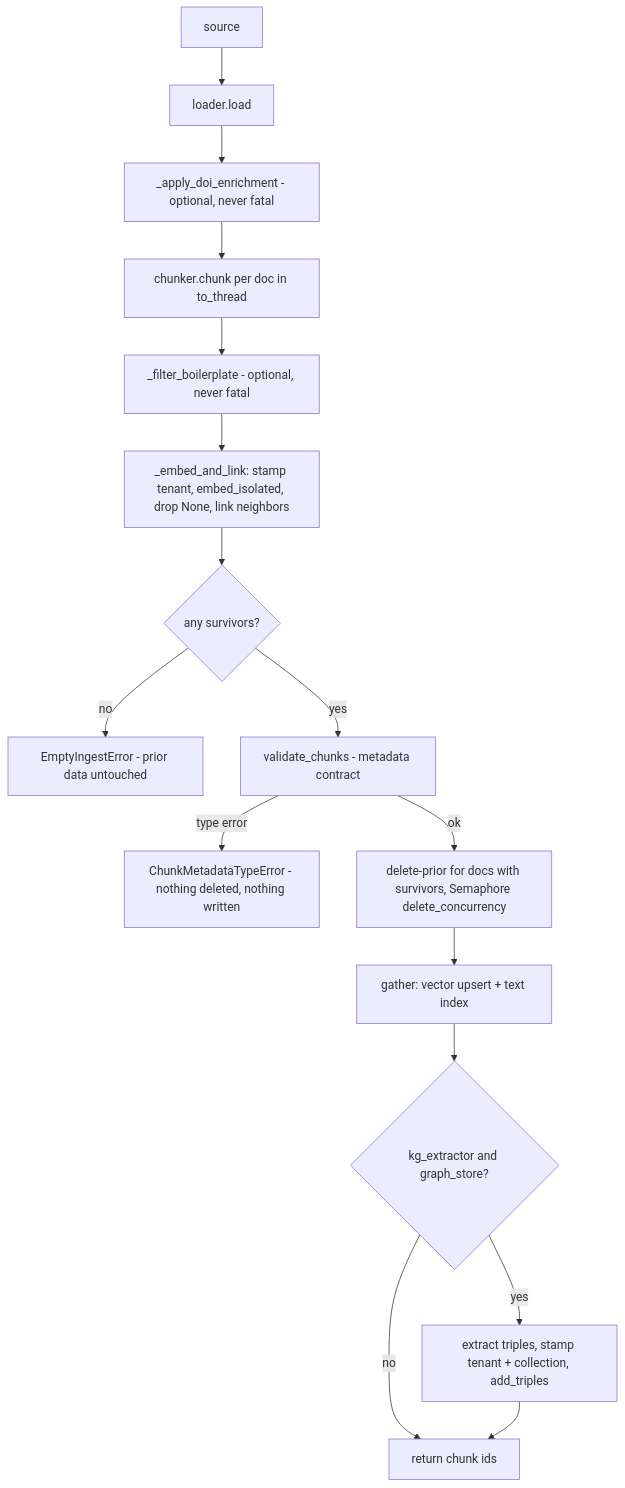
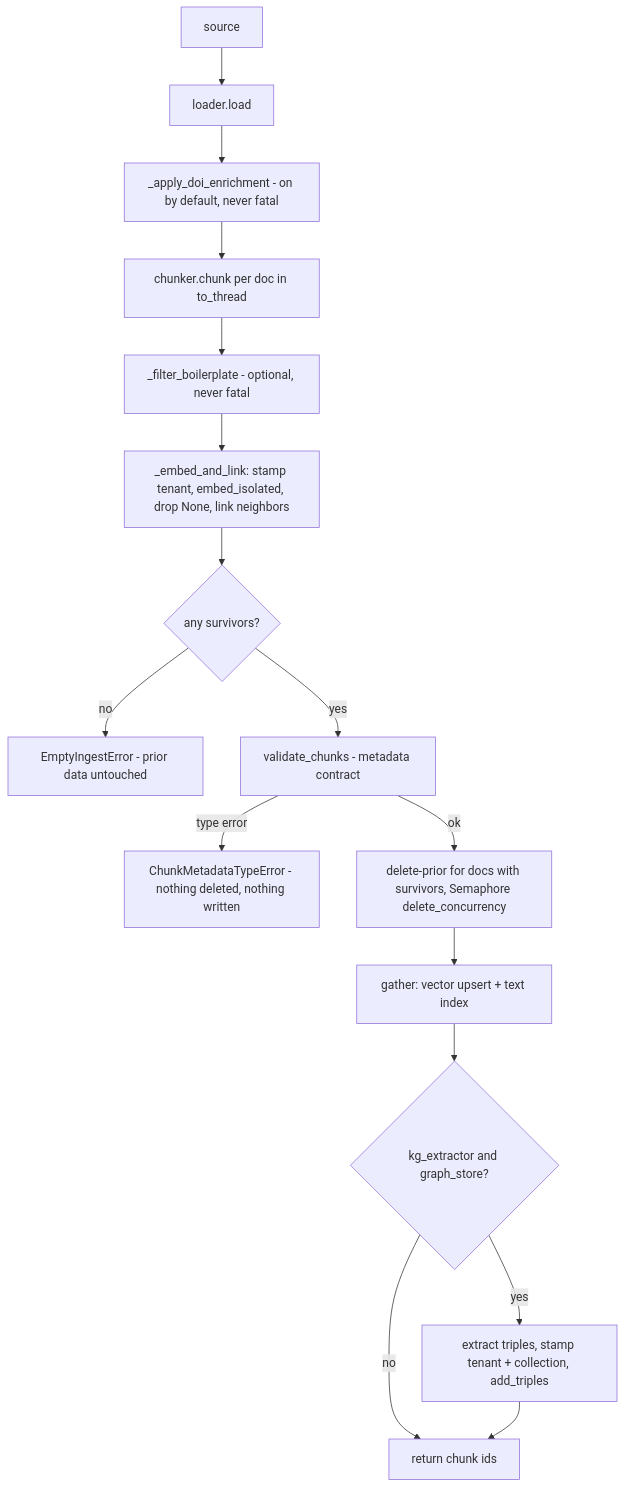
One commit to wilke/ragstack changed diagram 21 of 45 in docs/ARCHITECTURE-DEEP-DIVE.md. Above: the diagram before and after it, drawn with Mermaid. The commit also changed other lines of this file, not shown here.

First line of the commit message:
docs(deep-dive): bring it to f3fb936 — ADR-0010, chunk_method enum, memory stores, DOI default (#656)

````diff
--- a/docs/ARCHITECTURE-DEEP-DIVE.md
+++ b/docs/ARCHITECTURE-DEEP-DIVE.md
@@ -1277,18 +1280,18 @@
 ```mermaid
 flowchart TD
     S["source"] --> L["loader.load"]
-    L --> E1["_apply_doi_enrichment - optional, never fatal"]
+    L --> E1["_apply_doi_enrichment - on by default, never fatal"]
     E1 --> CH["chunker.chunk per doc in to_thread"]
     CH --> BF["_filter_boilerplate - optional, never fatal"]
     BF --> EM["_embed_and_link: stamp tenant, embed_isolated, drop None, link neighbors"]
     EM --> G1{"any survivors?"}
     G1 -- "no" --> X1["EmptyIngestError - prior data untouched"]
     G1 -- "yes" --> V["validate_chunks - metadata contract"]
     V -- "type error" --> X2["ChunkMetadataTypeError - nothing deleted, nothing written"]
     V -- "ok" --> DP["delete-prior for docs with survivors, Semaphore delete_concurrency"]
     DP --> UP["gather: vector upsert + text index"]
     UP --> KG{"kg_extractor and graph_store?"}
     KG -- "yes" --> T["extract triples, stamp tenant + collection, add_triples"]
     KG -- "no" --> R["return chunk ids"]
     T --> R
 ```
````
